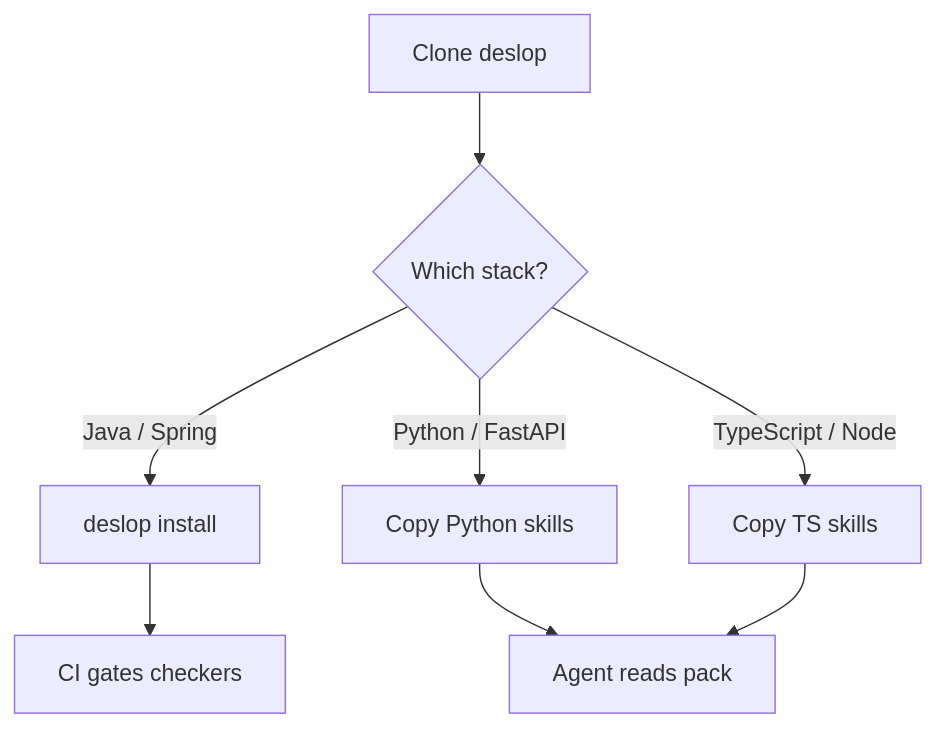
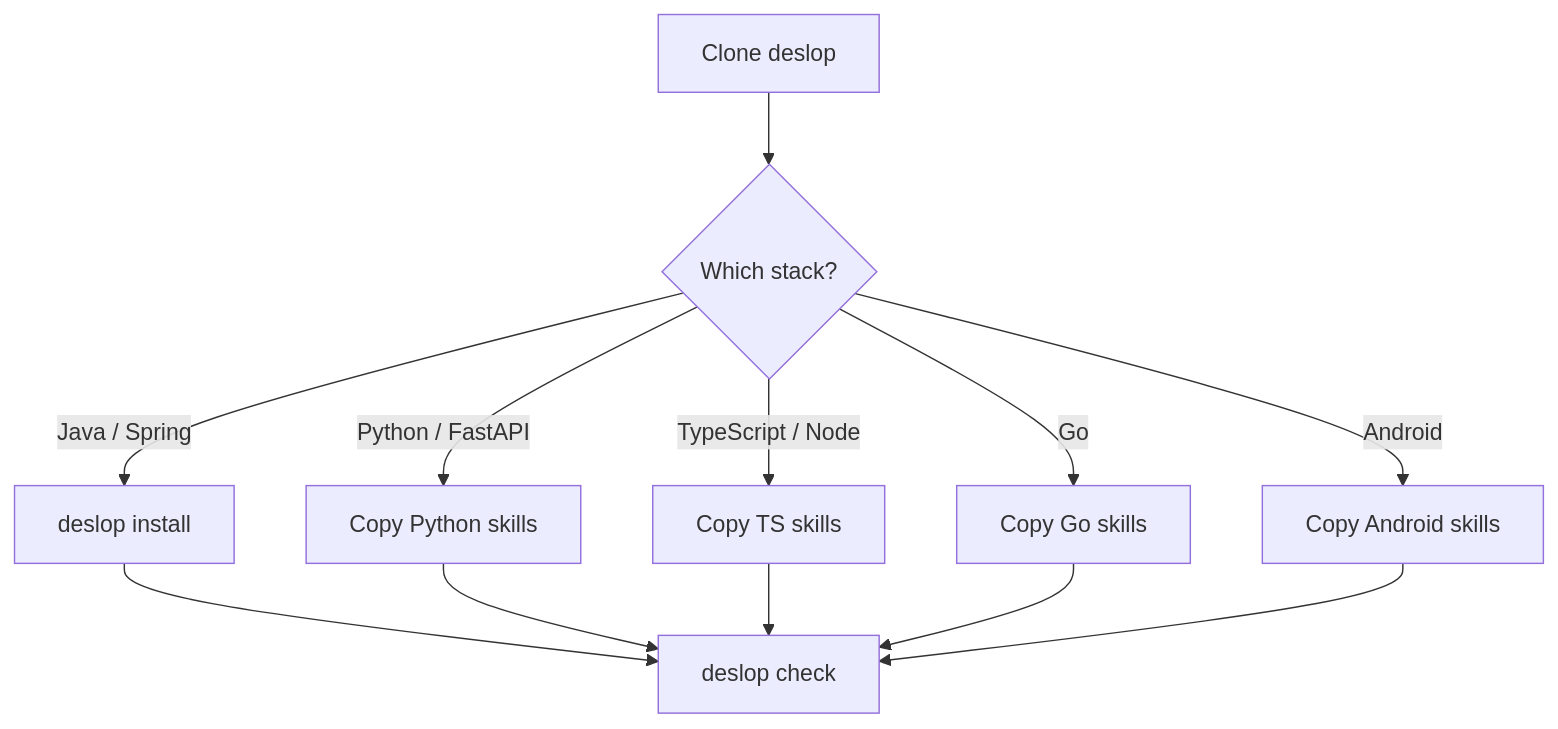
One commit to Amaresh/deslop changed the fourth of 5 diagrams in README.md. Above: the diagram before and after it, drawn with Mermaid. The commit also changed other lines of this file and 172 other files, not shown here.

````diff
--- a/README.md
+++ b/README.md
@@ -115,10 +172,14 @@
 ```mermaid
 flowchart TD
   Clone["Clone deslop"] --> Pick{"Which stack?"}
   Pick -->|"Java / Spring"| Inst["deslop install"]
   Pick -->|"Python / FastAPI"| CopyP["Copy Python skills"]
   Pick -->|"TypeScript / Node"| CopyT["Copy TS skills"]
-  Inst --> CI["CI gates checkers"]
-  CopyP --> Agent["Agent reads pack"]
-  CopyT --> Agent
+  Pick -->|"Go"| CopyG["Copy Go skills"]
+  Pick -->|"Android"| CopyA["Copy Android skills"]
+  Inst --> CI["deslop check"]
+  CopyP --> CI
+  CopyT --> CI
+  CopyG --> CI
+  CopyA --> CI
 ```
````
